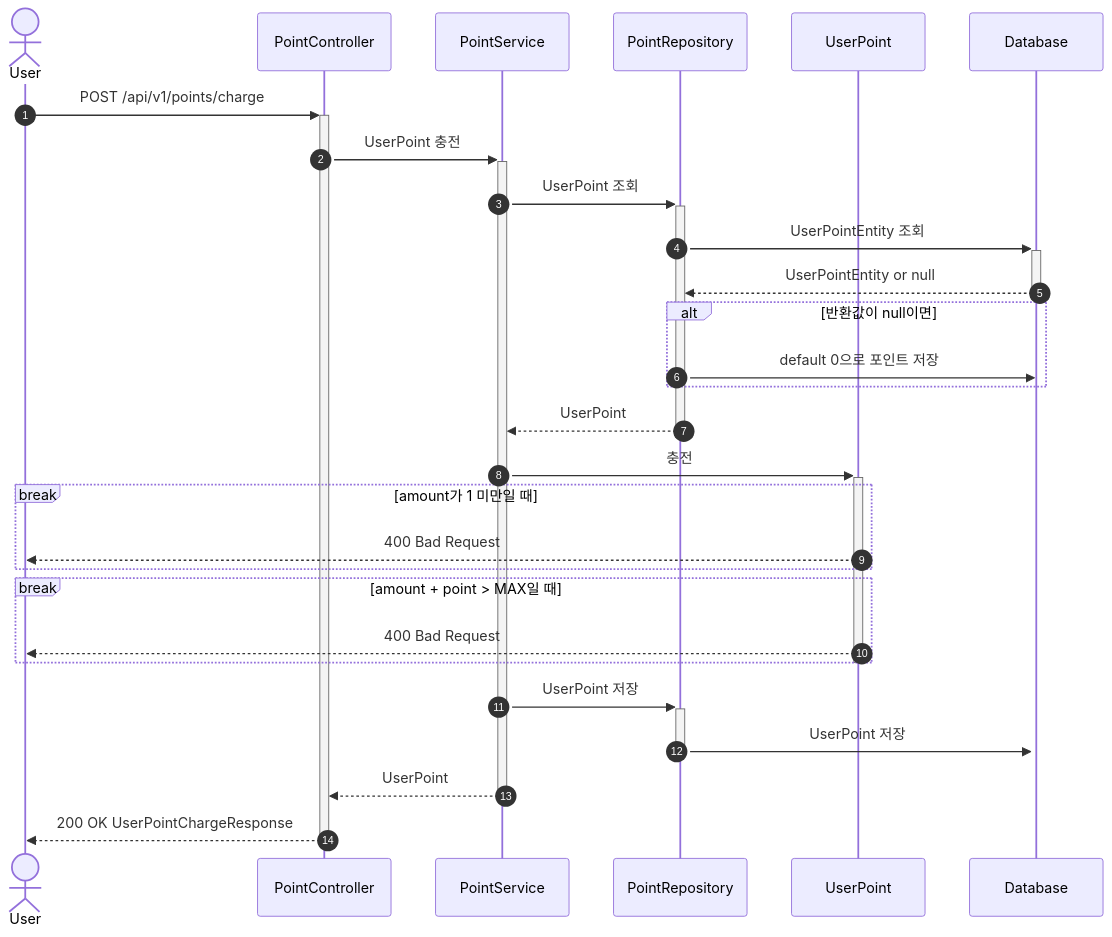
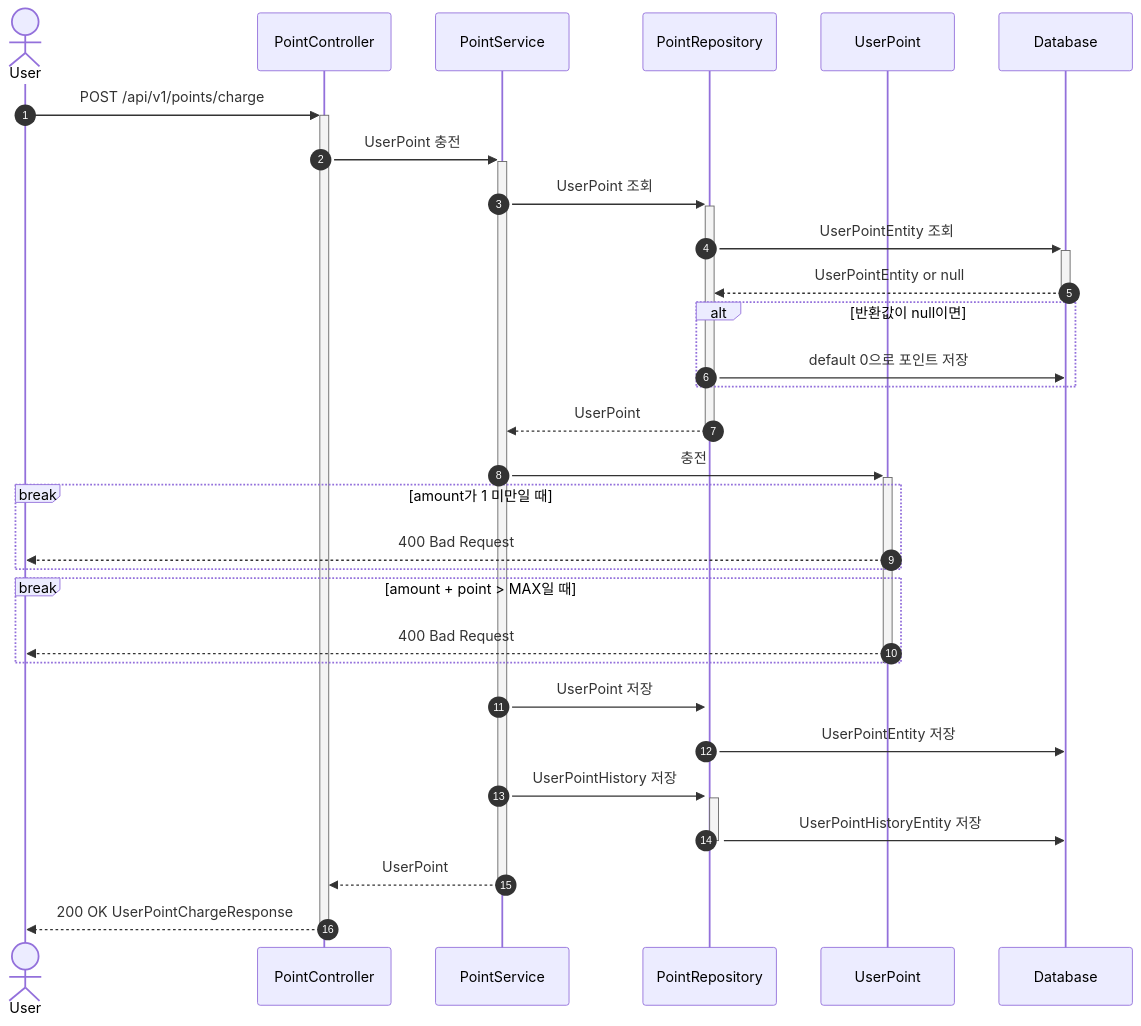
Before and after one commit to jsween5723/commerce: the first of 2 diagrams in docs/point/readme.md, drawn with Mermaid.

Commit message:
docs(sequence): UserPointHistory 추가

````diff
--- a/docs/point/readme.md
+++ b/docs/point/readme.md
@@ -3,32 +3,34 @@
 ```mermaid
 sequenceDiagram
     autonumber
     actor User
     participant PointController
     participant PointService
     participant PointRepository
     participant UserPoint
     participant Database
     User ->>+ PointController: POST /api/v1/points/charge
     PointController ->>+ PointService: UserPoint 충전
     PointService ->>+ PointRepository: UserPoint 조회
     PointRepository ->>+ Database: UserPointEntity 조회
     Database -->>- PointRepository: UserPointEntity or null
     alt 반환값이 null이면
         PointRepository ->> Database: default 0으로 포인트 저장
     end
     PointRepository -->>- PointService: UserPoint
     PointService ->>+ UserPoint: 충전
     break amount가 1 미만일 때
         UserPoint -->> User: 400 Bad Request
     end
     break amount + point > MAX일 때
         UserPoint -->> User: 400 Bad Request
     end
     deactivate UserPoint
     PointService ->>+ PointRepository: UserPoint 저장
-    PointRepository ->>+ Database: UserPoint 저장
+    PointRepository ->> Database: UserPointEntity 저장
+    PointService ->>+ PointRepository: UserPointHistory 저장
+    PointRepository ->> Database: UserPointHistoryEntity 저장
     deactivate PointRepository
     PointService -->>- PointController: UserPoint
     PointController -->>- User: 200 OK UserPointChargeResponse
 ```
````
